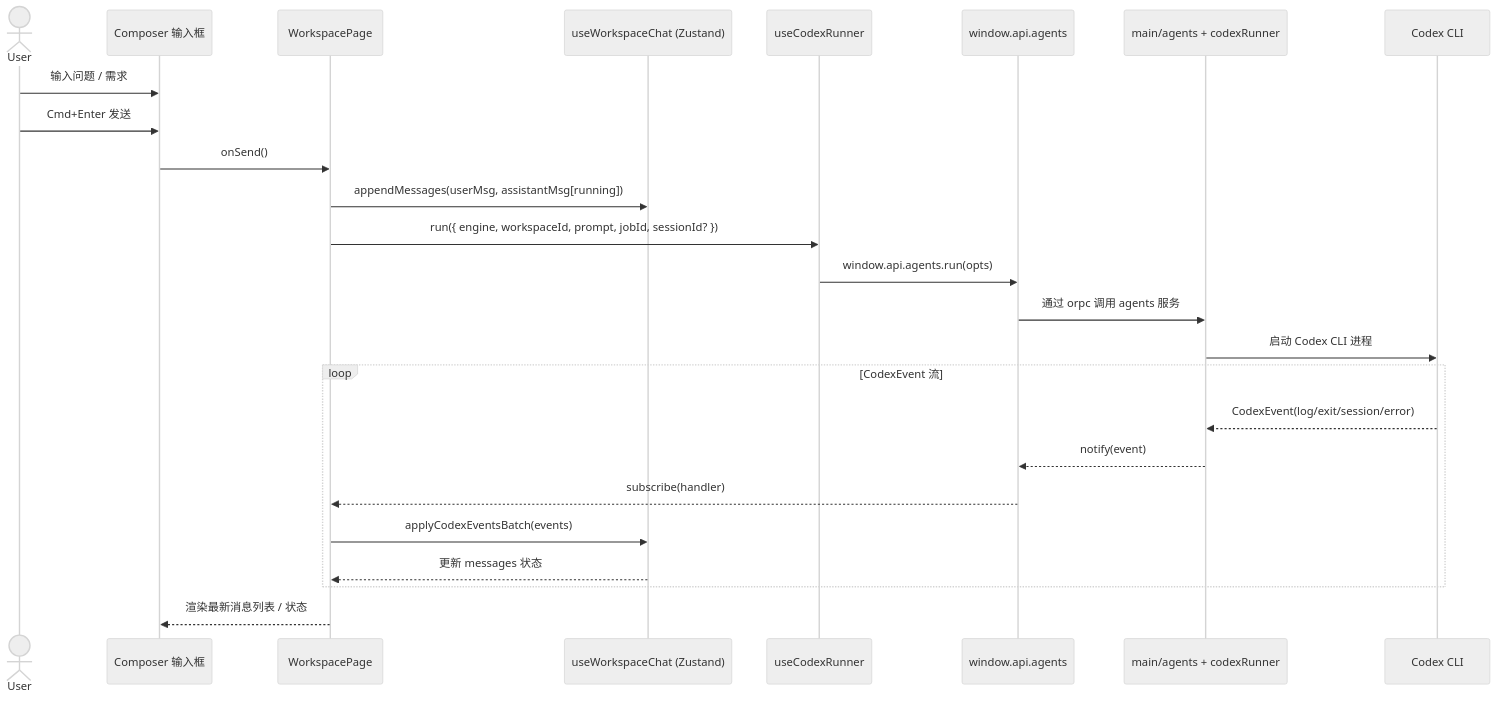
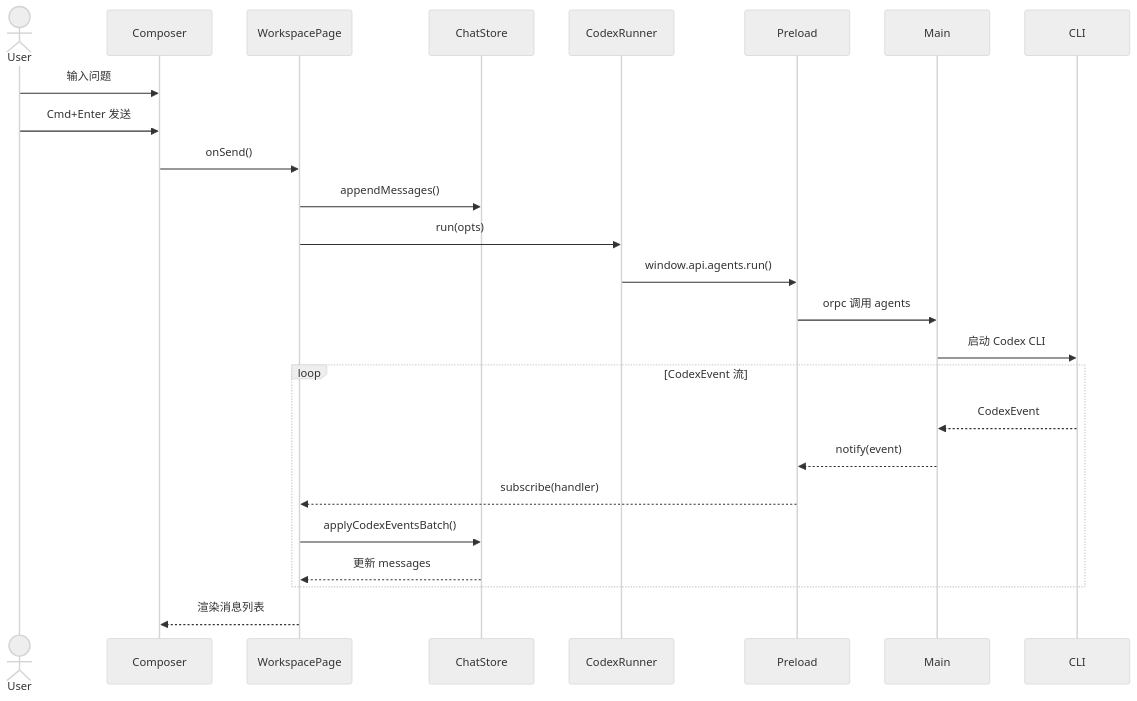
The second of 2 diagrams in docs/design/architecture.md (hylarucoder/rantcode), drawn with Mermaid (neutral theme) before and after one commit. The commit also changed other lines of this file and 35 other files, not shown here.

First line of the commit message:
Implement agent-based architecture and refactor workspace components

````diff
--- a/docs/design/architecture.md
+++ b/docs/design/architecture.md
@@ -104,30 +106,30 @@
 ```mermaid
 sequenceDiagram
   actor User
-  participant Composer as Composer 输入框
+  participant Composer
   participant WorkspacePage
-  participant ChatStore as useWorkspaceChat (Zustand)
-  participant CodexRunner as useCodexRunner
-  participant Preload as window.api.agents
-  participant Main as main/agents + codexRunner
-  participant CLI as Codex CLI
+  participant ChatStore
+  participant CodexRunner
+  participant Preload
+  participant Main
+  participant CLI
 
-  User->>Composer: 输入问题 / 需求
+  User->>Composer: 输入问题
   User->>Composer: Cmd+Enter 发送
   Composer->>WorkspacePage: onSend()
-  WorkspacePage->>ChatStore: appendMessages(userMsg, assistantMsg[running])
-  WorkspacePage->>CodexRunner: run({ engine, workspaceId, prompt, jobId, sessionId? })
-  CodexRunner->>Preload: window.api.agents.run(opts)
-  Preload->>Main: 通过 orpc 调用 agents 服务
-  Main->>CLI: 启动 Codex CLI 进程
+  WorkspacePage->>ChatStore: appendMessages()
+  WorkspacePage->>CodexRunner: run(opts)
+  CodexRunner->>Preload: window.api.agents.run()
+  Preload->>Main: orpc 调用 agents
+  Main->>CLI: 启动 Codex CLI
 
   loop CodexEvent 流
-    CLI-->>Main: CodexEvent(log/exit/session/error)
+    CLI-->>Main: CodexEvent
     Main-->>Preload: notify(event)
     Preload-->>WorkspacePage: subscribe(handler)
-    WorkspacePage->>ChatStore: applyCodexEventsBatch(events)
-    ChatStore-->>WorkspacePage: 更新 messages 状态
+    WorkspacePage->>ChatStore: applyCodexEventsBatch()
+    ChatStore-->>WorkspacePage: 更新 messages
   end
 
-  WorkspacePage-->>Composer: 渲染最新消息列表 / 状态
+  WorkspacePage-->>Composer: 渲染消息列表
 ```
````
